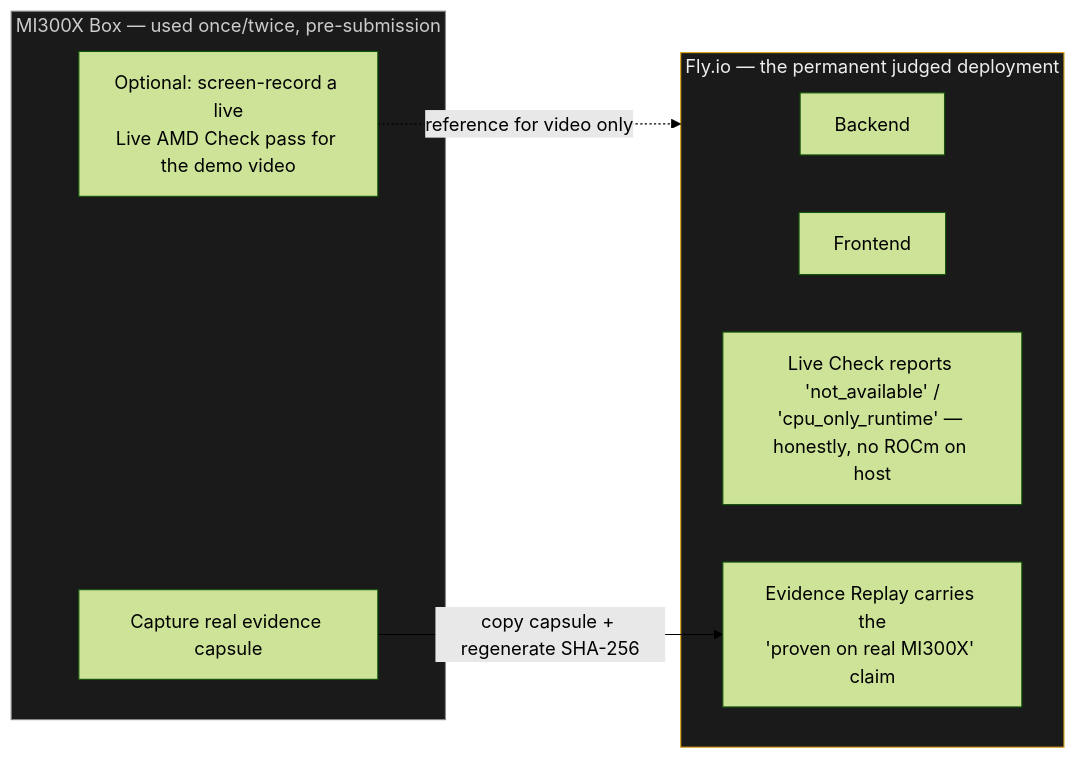
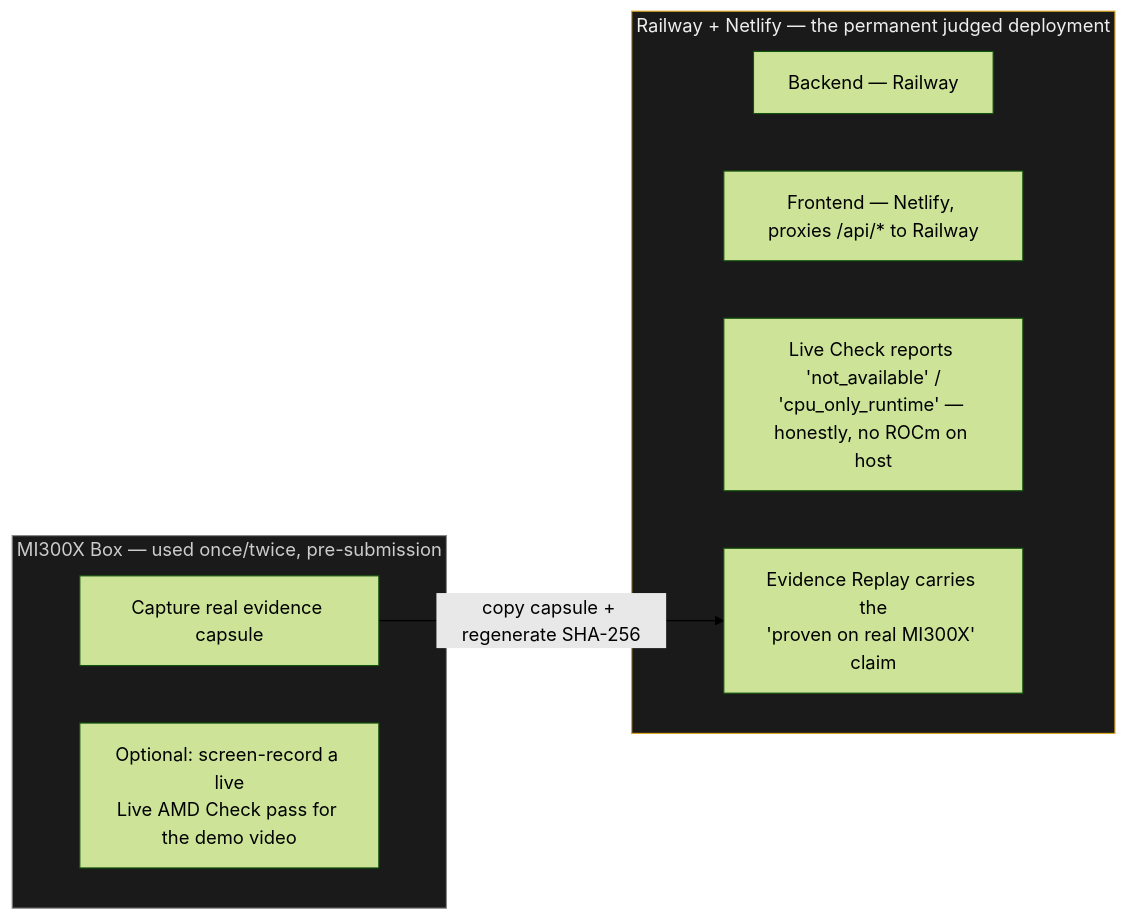
One commit to FabianS10/Reaper-Eagle-Forge-AMD-readiness-cockpit changed the fourth of 4 diagrams in README.md. Above: the diagram before and after it, drawn with Mermaid (forest theme). The commit also changed other lines of this file, not shown here.

````diff
--- a/README.md
+++ b/README.md
@@ -183,20 +186,19 @@
 ```mermaid
 flowchart LR
     subgraph MI["MI300X Box — used once/twice, pre-submission"]
         Cap[Capture real evidence capsule]
         Rec[Optional: screen-record a live<br/>Live AMD Check pass for the demo video]
     end
 
-    subgraph Perm["Fly.io — the permanent judged deployment"]
-        BE[Backend]
-        FE[Frontend]
+    subgraph Perm["Railway + Netlify — the permanent judged deployment"]
+        BE[Backend — Railway]
+        FE[Frontend — Netlify, proxies /api/* to Railway]
         LiveP[Live Check reports 'not_available' /<br/>'cpu_only_runtime' — honestly, no ROCm on host]
         ReplayP[Evidence Replay carries the<br/>'proven on real MI300X' claim]
     end
 
     Cap -->|copy capsule + regenerate SHA-256| ReplayP
-    Rec -.reference for video only.-> Perm
 
     style MI fill:#1a1a1a,stroke:#888,color:#ccc
     style Perm fill:#1a1a1a,stroke:#DAA520,color:#eee
 ```
````
